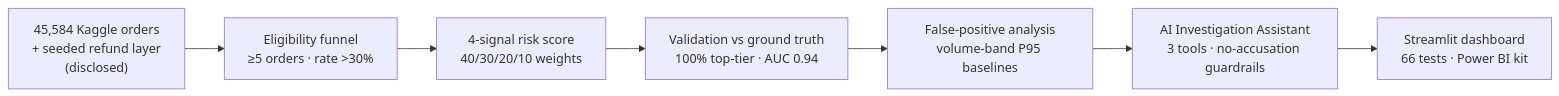
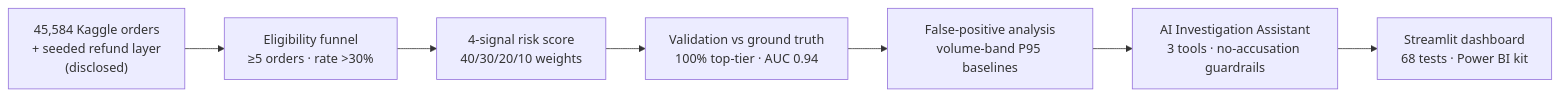
One commit to rishi-1603/zomato-refund-fraud-analytics changed the diagram in README.md. Above: the diagram before and after it, drawn with Mermaid. The commit also changed other lines of this file, not shown here.

Commit message:
README: test badge 66 -> 68 (two regression tests added with the NaN-City fix)

````diff
--- a/README.md
+++ b/README.md
@@ -43,9 +43,9 @@
 ```mermaid
 flowchart LR
     A["45,584 Kaggle orders<br/>+ seeded refund layer<br/>(disclosed)"] --> B["Eligibility funnel<br/>≥5 orders · rate >30%"]
     B --> C["4-signal risk score<br/>40/30/20/10 weights"]
     C --> D["Validation vs ground truth<br/>100% top-tier · AUC 0.94"]
     D --> E["False-positive analysis<br/>volume-band P95 baselines"]
     E --> F["AI Investigation Assistant<br/>3 tools · no-accusation guardrails"]
-    F --> G["Streamlit dashboard<br/>66 tests · Power BI kit"]
+    F --> G["Streamlit dashboard<br/>68 tests · Power BI kit"]
 ```
````
